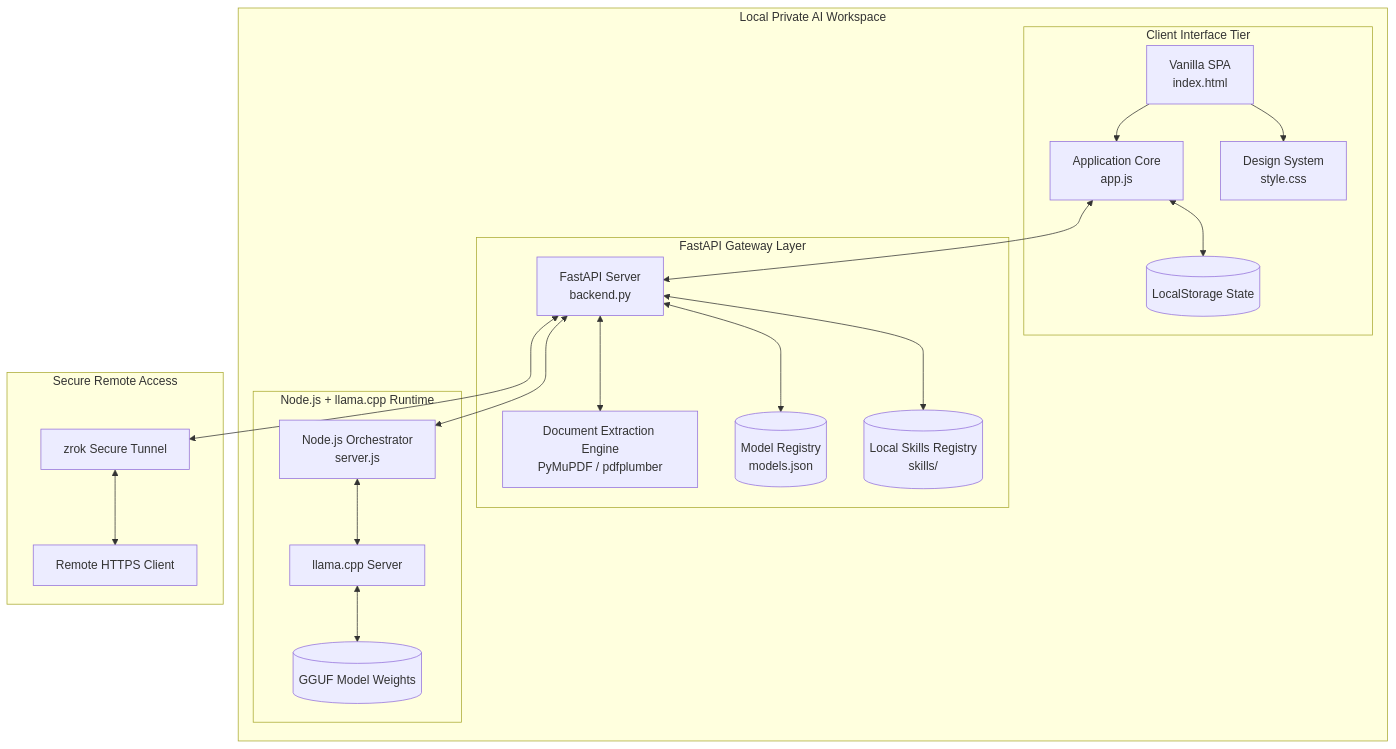
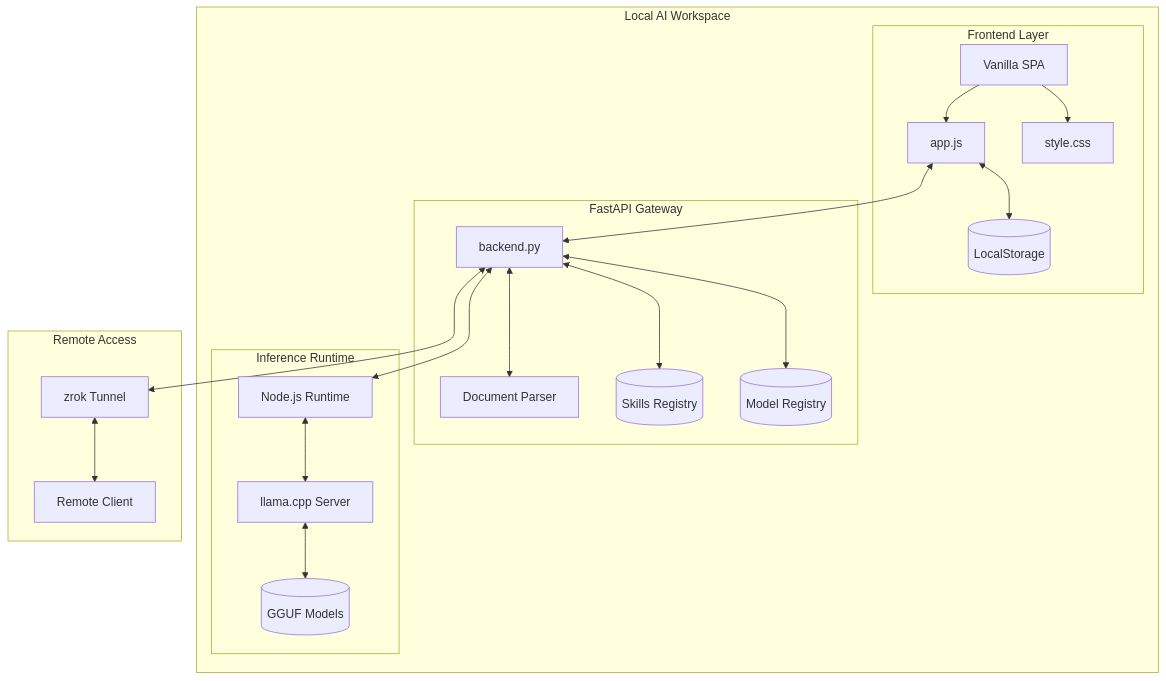
Before and after one commit to subhadipghosh2k03/andromeda-ai-web: the first of 4 diagrams in README.md, drawn with Mermaid. The commit also changed other lines of this file, not shown here.

````diff
--- a/README.md
+++ b/README.md
@@ -23,52 +45,48 @@
 ```mermaid
 flowchart TB
 
-    subgraph LAN["Local Private AI Workspace"]
+    subgraph LAN["Local AI Workspace"]
 
-        subgraph CLIENT["Client Interface Tier"]
-            UI["Vanilla SPA<br/>index.html"]
-            JS["Application Core<br/>app.js"]
-            CSS["Design System<br/>style.css"]
-            LS[("LocalStorage State")]
+        subgraph CLIENT["Frontend Layer"]
+            UI["Vanilla SPA"]
+            JS["app.js"]
+            CSS["style.css"]
+            LS[("LocalStorage")]
         end
 
-        subgraph GATEWAY["FastAPI Gateway Layer"]
-            API["FastAPI Server<br/>backend.py"]
-            PARSER["Document Extraction Engine<br/>PyMuPDF / pdfplumber"]
-            CONFIG[("Model Registry<br/>models.json")]
-            SKILLS[("Local Skills Registry<br/>skills/")]
+        subgraph API["FastAPI Gateway"]
+            BACKEND["backend.py"]
+            PARSER["Document Parser"]
+            SKILLS[("Skills Registry")]
+            CONFIG[("Model Registry")]
         end
 
-        subgraph INFERENCE["Node.js + llama.cpp Runtime"]
-            NODE["Node.js Orchestrator<br/>server.js"]
+        subgraph INFERENCE["Inference Runtime"]
+            NODE["Node.js Runtime"]
             LLAMA["llama.cpp Server"]
-            WEIGHTS[("GGUF Model Weights")]
+            MODELS[("GGUF Models")]
         end
-
     end
 
-    subgraph WAN["Secure Remote Access"]
-        ZROK["zrok Secure Tunnel"]
-        REMOTE["Remote HTTPS Client"]
+    subgraph WAN["Remote Access"]
+        ZROK["zrok Tunnel"]
+        REMOTE["Remote Client"]
     end
 
-    %% Frontend
     UI --> JS
     UI --> CSS
     JS <--> LS
 
-    %% Gateway
-    JS <--> API
-    API <--> PARSER
-    API <--> CONFIG
-    API <--> SKILLS
+    JS <--> BACKEND
 
-    %% Inference
-    API <--> NODE
+    BACKEND <--> PARSER
+    BACKEND <--> SKILLS
+    BACKEND <--> CONFIG
+
+    BACKEND <--> NODE
     NODE <--> LLAMA
-    LLAMA <--> WEIGHTS
+    LLAMA <--> MODELS
 
-    %% Remote Access
-    API <--> ZROK
+    BACKEND <--> ZROK
     ZROK <--> REMOTE
 ```
````
